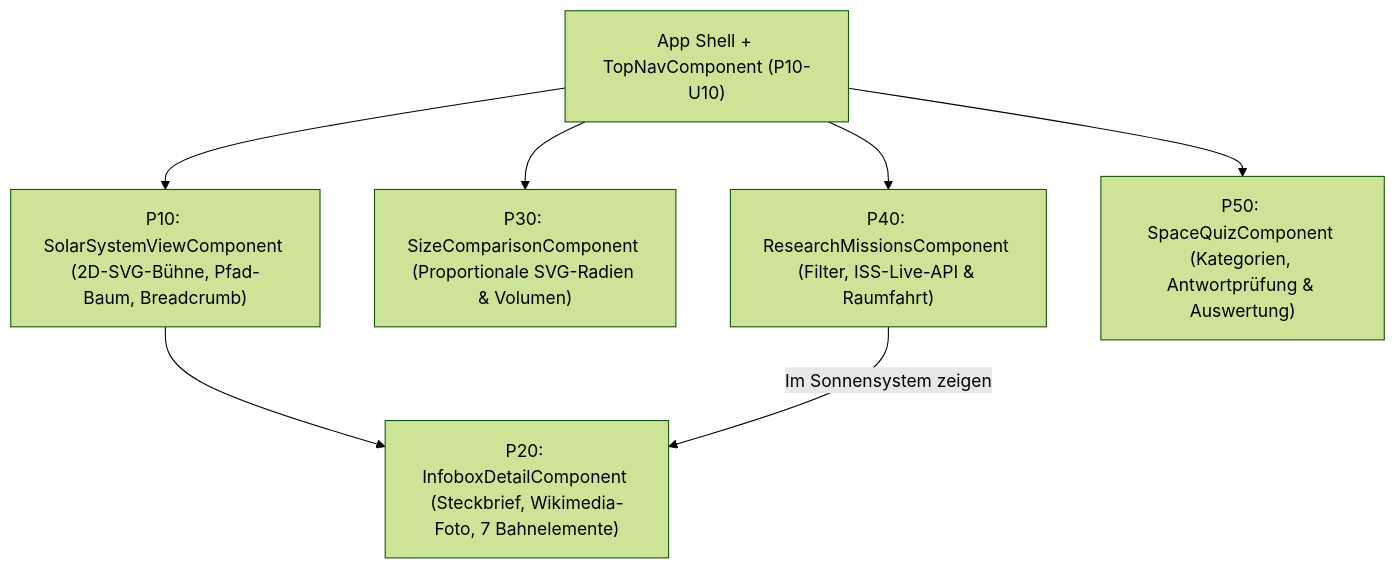
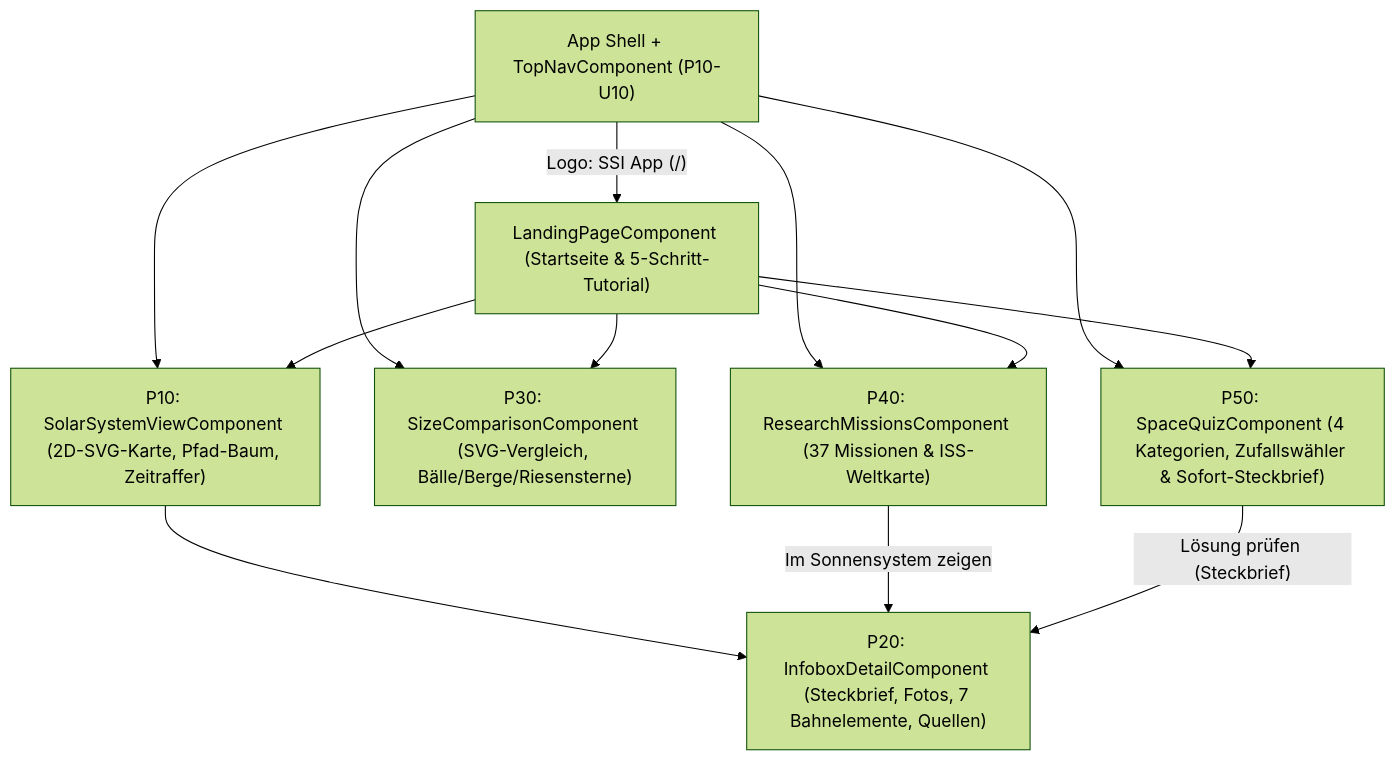
One commit to J-Moessmer/BITLC-Angular-Solarsystem-Finalproject changed the diagram in README.md. Above: the diagram before and after it, drawn with Mermaid (forest theme). The commit also changed other lines of this file and 1 other file, not shown here.

````diff
--- a/README.md
+++ b/README.md
@@ -23,16 +23,23 @@
 ```mermaid
 flowchart TD
     App["App Shell + TopNavComponent (P10-U10)"]
-    P10["P10: SolarSystemViewComponent (2D-SVG-Bühne, Pfad-Baum, Breadcrumb)"]
-    P20["P20: InfoboxDetailComponent (Steckbrief, Wikimedia-Foto, 7 Bahnelemente)"]
-    P30["P30: SizeComparisonComponent (Proportionale SVG-Radien & Volumen)"]
-    P40["P40: ResearchMissionsComponent (Filter, ISS-Live-API & Raumfahrt)"]
-    P50["P50: SpaceQuizComponent (Kategorien, Antwortprüfung & Auswertung)"]
+    Home["LandingPageComponent (Startseite & 5-Schritt-Tutorial)"]
+    P10["P10: SolarSystemViewComponent (2D-SVG-Karte, Pfad-Baum, Zeitraffer)"]
+    P20["P20: InfoboxDetailComponent (Steckbrief, Fotos, 7 Bahnelemente, Quellen)"]
+    P30["P30: SizeComparisonComponent (SVG-Vergleich, Bälle/Berge/Riesensterne)"]
+    P40["P40: ResearchMissionsComponent (37 Missionen & ISS-Weltkarte)"]
+    P50["P50: SpaceQuizComponent (4 Kategorien, Zufallswähler & Sofort-Steckbrief)"]
 
+    App -->|"Logo: SSI App (/)"| Home
     App --> P10
     App --> P30
     App --> P40
     App --> P50
+    Home --> P10
+    Home --> P30
+    Home --> P40
+    Home --> P50
     P10 --> P20
     P40 -->|"Im Sonnensystem zeigen"| P20
+    P50 -->|"Lösung prüfen (Steckbrief)"| P20
 ```
````
